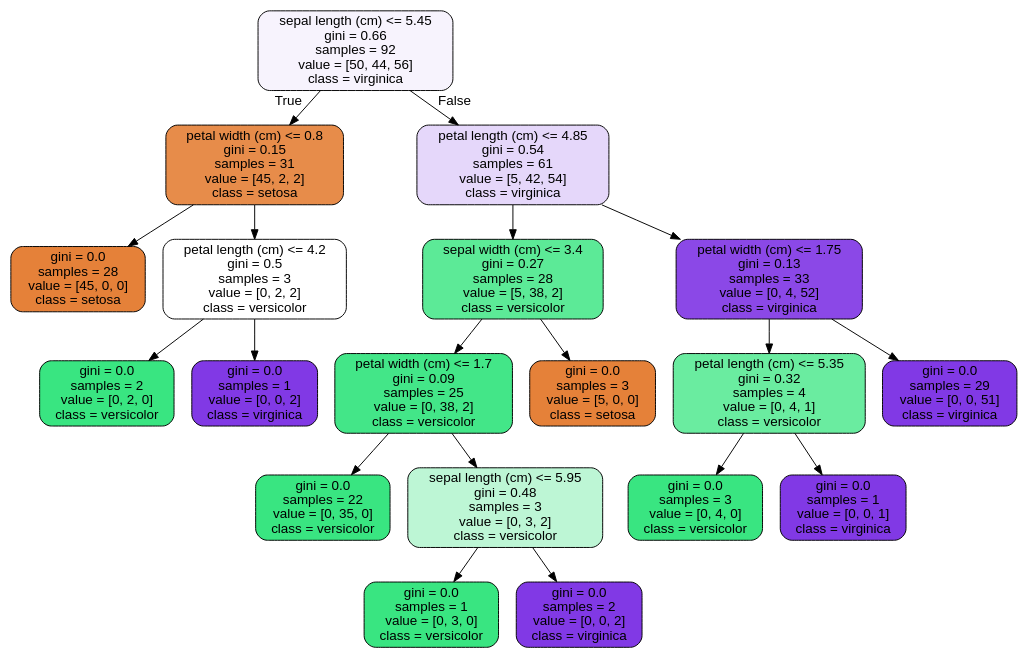
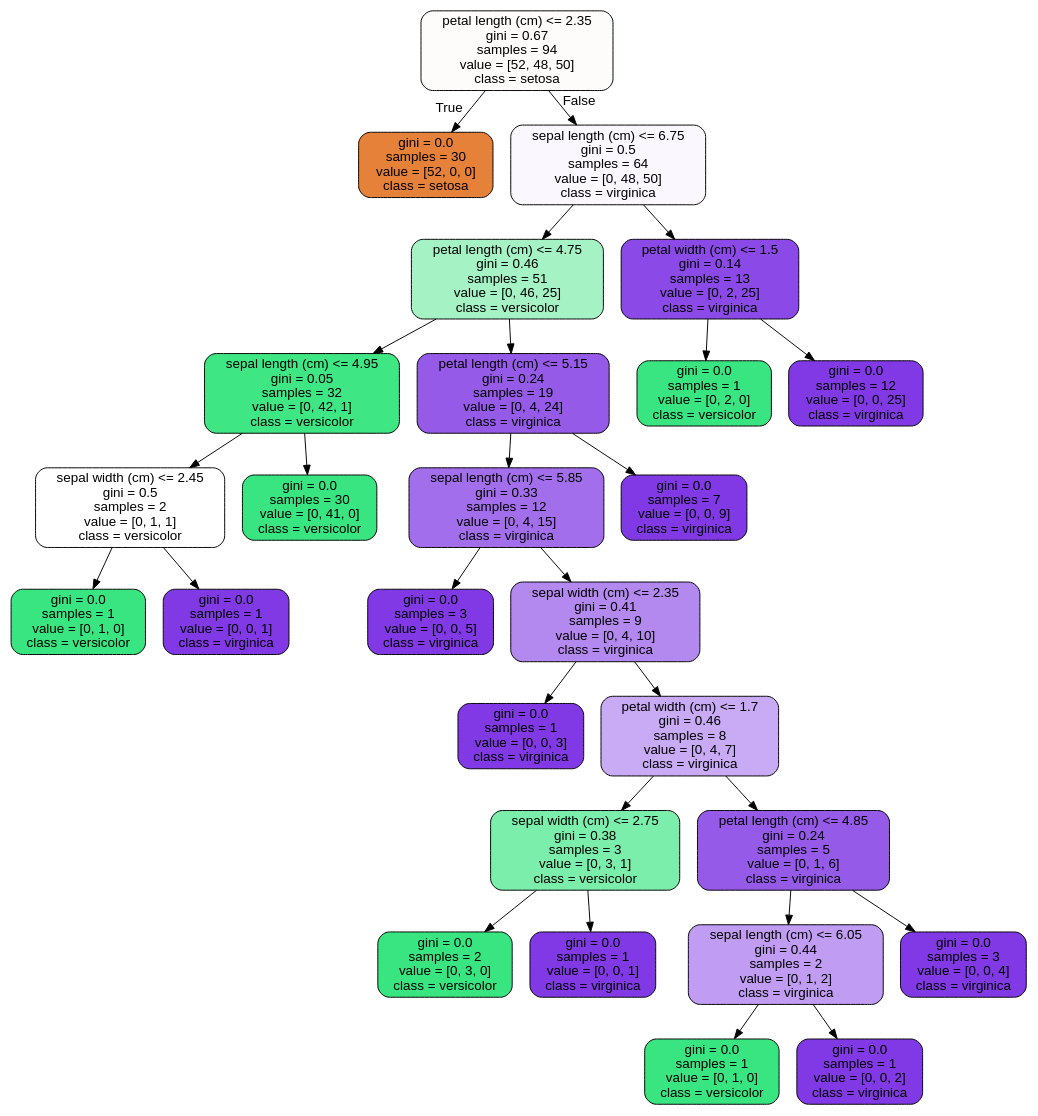
The diagram in RandomForest Covid Case Study/tree.dot (KimSB80/Springboard-Case-Studies), drawn with Graphviz before and after one commit. The commit also changed 1 other file, not shown here.

```diff
--- a/RandomForest Covid Case Study/tree.dot
+++ b/RandomForest Covid Case Study/tree.dot
@@ -1,41 +1,57 @@
 digraph Tree {
 node [shape=box, style="filled, rounded", color="black", fontname="helvetica"] ;
 edge [fontname="helvetica"] ;
-0 [label="sepal length (cm) <= 5.45\ngini = 0.66\nsamples = 92\nvalue = [50, 44, 56]\nclass = virginica", fillcolor="#f7f3fd"] ;
-1 [label="petal width (cm) <= 0.8\ngini = 0.15\nsamples = 31\nvalue = [45, 2, 2]\nclass = setosa", fillcolor="#e78c4a"] ;
+0 [label="petal length (cm) <= 2.35\ngini = 0.67\nsamples = 94\nvalue = [52, 48, 50]\nclass = setosa", fillcolor="#fefcfb"] ;
+1 [label="gini = 0.0\nsamples = 30\nvalue = [52, 0, 0]\nclass = setosa", fillcolor="#e58139"] ;
 0 -> 1 [labeldistance=2.5, labelangle=45, headlabel="True"] ;
-2 [label="gini = 0.0\nsamples = 28\nvalue = [45, 0, 0]\nclass = setosa", fillcolor="#e58139"] ;
-1 -> 2 ;
-3 [label="petal length (cm) <= 4.2\ngini = 0.5\nsamples = 3\nvalue = [0, 2, 2]\nclass = versicolor", fillcolor="#ffffff"] ;
-1 -> 3 ;
-4 [label="gini = 0.0\nsamples = 2\nvalue = [0, 2, 0]\nclass = versicolor", fillcolor="#39e581"] ;
+2 [label="sepal length (cm) <= 6.75\ngini = 0.5\nsamples = 64\nvalue = [0, 48, 50]\nclass = virginica", fillcolor="#faf7fe"] ;
+0 -> 2 [labeldistance=2.5, labelangle=-45, headlabel="False"] ;
+3 [label="petal length (cm) <= 4.75\ngini = 0.46\nsamples = 51\nvalue = [0, 46, 25]\nclass = versicolor", fillcolor="#a5f3c5"] ;
+2 -> 3 ;
+4 [label="sepal length (cm) <= 4.95\ngini = 0.05\nsamples = 32\nvalue = [0, 42, 1]\nclass = versicolor", fillcolor="#3ee684"] ;
 3 -> 4 ;
-5 [label="gini = 0.0\nsamples = 1\nvalue = [0, 0, 2]\nclass = virginica", fillcolor="#8139e5"] ;
-3 -> 5 ;
-6 [label="petal length (cm) <= 4.85\ngini = 0.54\nsamples = 61\nvalue = [5, 42, 54]\nclass = virginica", fillcolor="#e5d7fa"] ;
-0 -> 6 [labeldistance=2.5, labelangle=-45, headlabel="False"] ;
-7 [label="sepal width (cm) <= 3.4\ngini = 0.27\nsamples = 28\nvalue = [5, 38, 2]\nclass = versicolor", fillcolor="#5cea97"] ;
-6 -> 7 ;
-8 [label="petal width (cm) <= 1.7\ngini = 0.09\nsamples = 25\nvalue = [0, 38, 2]\nclass = versicolor", fillcolor="#43e688"] ;
-7 -> 8 ;
-9 [label="gini = 0.0\nsamples = 22\nvalue = [0, 35, 0]\nclass = versicolor", fillcolor="#39e581"] ;
-8 -> 9 ;
-10 [label="sepal length (cm) <= 5.95\ngini = 0.48\nsamples = 3\nvalue = [0, 3, 2]\nclass = versicolor", fillcolor="#bdf6d5"] ;
-8 -> 10 ;
-11 [label="gini = 0.0\nsamples = 1\nvalue = [0, 3, 0]\nclass = versicolor", fillcolor="#39e581"] ;
+5 [label="sepal width (cm) <= 2.45\ngini = 0.5\nsamples = 2\nvalue = [0, 1, 1]\nclass = versicolor", fillcolor="#ffffff"] ;
+4 -> 5 ;
+6 [label="gini = 0.0\nsamples = 1\nvalue = [0, 1, 0]\nclass = versicolor", fillcolor="#39e581"] ;
+5 -> 6 ;
+7 [label="gini = 0.0\nsamples = 1\nvalue = [0, 0, 1]\nclass = virginica", fillcolor="#8139e5"] ;
+5 -> 7 ;
+8 [label="gini = 0.0\nsamples = 30\nvalue = [0, 41, 0]\nclass = versicolor", fillcolor="#39e581"] ;
+4 -> 8 ;
+9 [label="petal length (cm) <= 5.15\ngini = 0.24\nsamples = 19\nvalue = [0, 4, 24]\nclass = virginica", fillcolor="#965ae9"] ;
+3 -> 9 ;
+10 [label="sepal length (cm) <= 5.85\ngini = 0.33\nsamples = 12\nvalue = [0, 4, 15]\nclass = virginica", fillcolor="#a36eec"] ;
+9 -> 10 ;
+11 [label="gini = 0.0\nsamples = 3\nvalue = [0, 0, 5]\nclass = virginica", fillcolor="#8139e5"] ;
 10 -> 11 ;
-12 [label="gini = 0.0\nsamples = 2\nvalue = [0, 0, 2]\nclass = virginica", fillcolor="#8139e5"] ;
+12 [label="sepal width (cm) <= 2.35\ngini = 0.41\nsamples = 9\nvalue = [0, 4, 10]\nclass = virginica", fillcolor="#b388ef"] ;
 10 -> 12 ;
-13 [label="gini = 0.0\nsamples = 3\nvalue = [5, 0, 0]\nclass = setosa", fillcolor="#e58139"] ;
-7 -> 13 ;
-14 [label="petal width (cm) <= 1.75\ngini = 0.13\nsamples = 33\nvalue = [0, 4, 52]\nclass = virginica", fillcolor="#8b48e7"] ;
-6 -> 14 ;
-15 [label="petal length (cm) <= 5.35\ngini = 0.32\nsamples = 4\nvalue = [0, 4, 1]\nclass = versicolor", fillcolor="#6aeca0"] ;
+13 [label="gini = 0.0\nsamples = 1\nvalue = [0, 0, 3]\nclass = virginica", fillcolor="#8139e5"] ;
+12 -> 13 ;
+14 [label="petal width (cm) <= 1.7\ngini = 0.46\nsamples = 8\nvalue = [0, 4, 7]\nclass = virginica", fillcolor="#c9aaf4"] ;
+12 -> 14 ;
+15 [label="sepal width (cm) <= 2.75\ngini = 0.38\nsamples = 3\nvalue = [0, 3, 1]\nclass = versicolor", fillcolor="#7beeab"] ;
 14 -> 15 ;
-16 [label="gini = 0.0\nsamples = 3\nvalue = [0, 4, 0]\nclass = versicolor", fillcolor="#39e581"] ;
+16 [label="gini = 0.0\nsamples = 2\nvalue = [0, 3, 0]\nclass = versicolor", fillcolor="#39e581"] ;
 15 -> 16 ;
 17 [label="gini = 0.0\nsamples = 1\nvalue = [0, 0, 1]\nclass = virginica", fillcolor="#8139e5"] ;
 15 -> 17 ;
-18 [label="gini = 0.0\nsamples = 29\nvalue = [0, 0, 51]\nclass = virginica", fillcolor="#8139e5"] ;
+18 [label="petal length (cm) <= 4.85\ngini = 0.24\nsamples = 5\nvalue = [0, 1, 6]\nclass = virginica", fillcolor="#965ae9"] ;
 14 -> 18 ;
+19 [label="sepal length (cm) <= 6.05\ngini = 0.44\nsamples = 2\nvalue = [0, 1, 2]\nclass = virginica", fillcolor="#c09cf2"] ;
+18 -> 19 ;
+20 [label="gini = 0.0\nsamples = 1\nvalue = [0, 1, 0]\nclass = versicolor", fillcolor="#39e581"] ;
+19 -> 20 ;
+21 [label="gini = 0.0\nsamples = 1\nvalue = [0, 0, 2]\nclass = virginica", fillcolor="#8139e5"] ;
+19 -> 21 ;
+22 [label="gini = 0.0\nsamples = 3\nvalue = [0, 0, 4]\nclass = virginica", fillcolor="#8139e5"] ;
+18 -> 22 ;
+23 [label="gini = 0.0\nsamples = 7\nvalue = [0, 0, 9]\nclass = virginica", fillcolor="#8139e5"] ;
+9 -> 23 ;
+24 [label="petal width (cm) <= 1.5\ngini = 0.14\nsamples = 13\nvalue = [0, 2, 25]\nclass = virginica", fillcolor="#8b49e7"] ;
+2 -> 24 ;
+25 [label="gini = 0.0\nsamples = 1\nvalue = [0, 2, 0]\nclass = versicolor", fillcolor="#39e581"] ;
+24 -> 25 ;
+26 [label="gini = 0.0\nsamples = 12\nvalue = [0, 0, 25]\nclass = virginica", fillcolor="#8139e5"] ;
+24 -> 26 ;
 }
```
